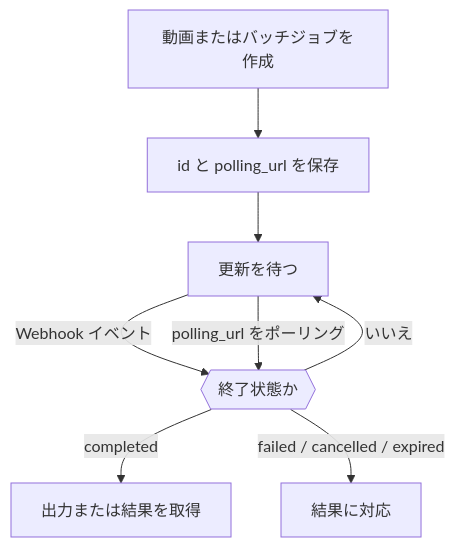
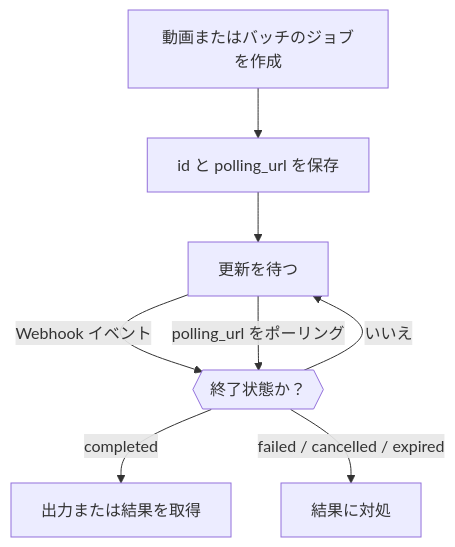
The diagram in apps/docs/ja/v1/guides/async-video-and-batch.mdx (phaseoteam/Phaseo), drawn with Mermaid before and after one commit. The commit also changed other lines of this file and 3793 other files, not shown here.

````diff
--- a/apps/docs/ja/v1/guides/async-video-and-batch.mdx
+++ b/apps/docs/ja/v1/guides/async-video-and-batch.mdx
@@ -39,10 +14,10 @@
 ```mermaid
 flowchart TD
-  newJob["動画またはバッチジョブを作成"] --> store["id と polling_url を保存"]
+  newJob["動画またはバッチのジョブを作成"] --> store["id と polling_url を保存"]
   store --> waiting["更新を待つ"]
-  waiting -->|"Webhook イベント"| terminal{{"終了状態か"}}
+  waiting -->|"Webhook イベント"| terminal{{"終了状態か？"}}
   waiting -->|"polling_url をポーリング"| terminal
   terminal -->|"いいえ"| waiting
   terminal -->|"completed"| fetchOut["出力または結果を取得"]
-  terminal -->|"failed / cancelled / expired"| outcome["結果に対応"]
+  terminal -->|"failed / cancelled / expired"| outcome["結果に対処"]
 ```
````
